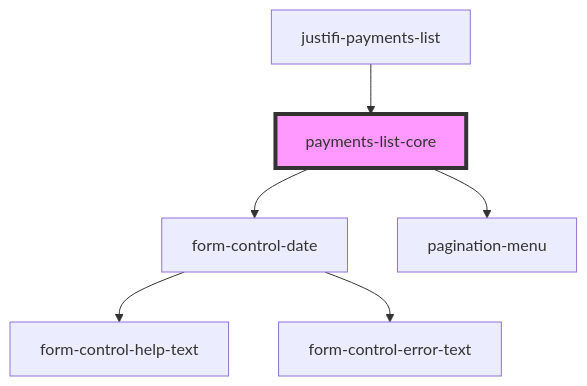
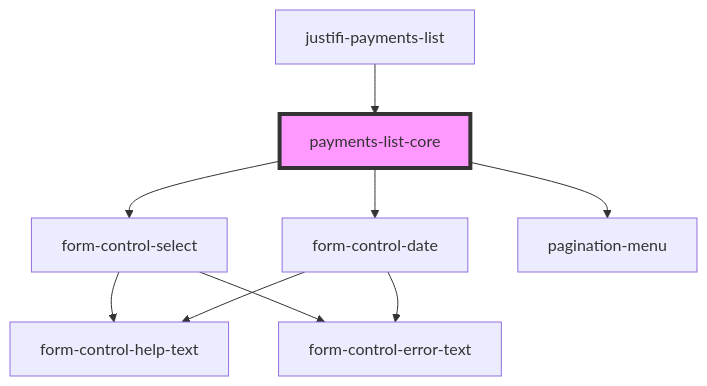
The diagram in packages/webcomponents/src/components/payments-list/readme.md (justifi-tech/web-component-library), drawn with Mermaid before and after one commit. The commit also changed other lines of this file and 5 other files, not shown here.

Commit message:
Implement new filter inputs to payments-list

````diff
--- a/packages/webcomponents/src/components/payments-list/readme.md
+++ b/packages/webcomponents/src/components/payments-list/readme.md
@@ -47,9 +48,12 @@
 ```mermaid
 graph TD;
+  payments-list-core --> form-control-select
   payments-list-core --> form-control-date
   payments-list-core --> pagination-menu
+  form-control-select --> form-control-help-text
+  form-control-select --> form-control-error-text
   form-control-date --> form-control-help-text
   form-control-date --> form-control-error-text
   justifi-payments-list --> payments-list-core
   style payments-list-core fill:#f9f,stroke:#333,stroke-width:4px
 ```
````
